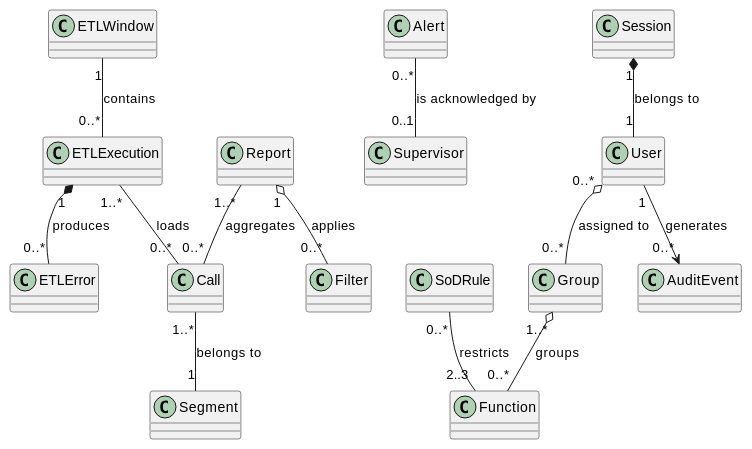
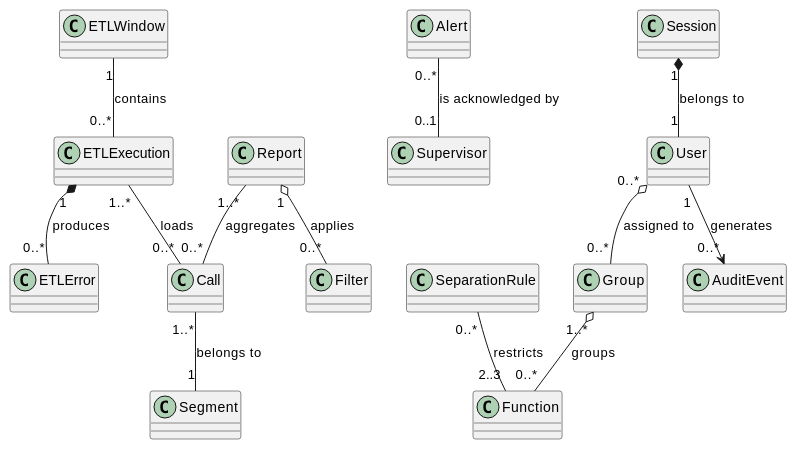
One commit to jcg-admin/IACT-docs changed the diagram in source/requisitos/_metodologia-aplicacion/analisis-dominio/aplicacion-al-modelo-iact.rst. Above: the diagram before and after it, drawn with PlantUML. The commit also changed 15 other files, not shown here.

```diff
--- a/source/requisitos/_metodologia-aplicacion/analisis-dominio/aplicacion-al-modelo-iact.rst
+++ b/source/requisitos/_metodologia-aplicacion/analisis-dominio/aplicacion-al-modelo-iact.rst
@@ -7,33 +7,33 @@
 .. uml::
 
    @startuml
 
    class Call
    class Segment
    class ETLExecution
    class ETLWindow
    class ETLError
    class Report
    class Filter
    class Alert
    class Supervisor
    class User
    class Session
    class Group
    class Function
    class AuditEvent
-   class SoDRule
+   class SeparationRule
 
    Call "1..*" -- "1" Segment : belongs to
    ETLWindow "1" -- "0..*" ETLExecution : contains
    ETLExecution "1..*" -- "0..*" Call : loads
    ETLExecution "1" *-- "0..*" ETLError : produces
    Report "1..*" -- "0..*" Call : aggregates
    Report "1" o-- "0..*" Filter : applies
    Alert "0..*" -- "0..1" Supervisor : is acknowledged by
    Session "1" *-- "1" User : belongs to
    User "0..*" o-- "0..*" Group : assigned to
    Group "1..*" o-- "0..*" Function : groups
    User "1" --> "0..*" AuditEvent : generates
-   SoDRule "0..*" -- "2..3" Function : restricts
+   SeparationRule "0..*" -- "2..3" Function : restricts
    @enduml
```
